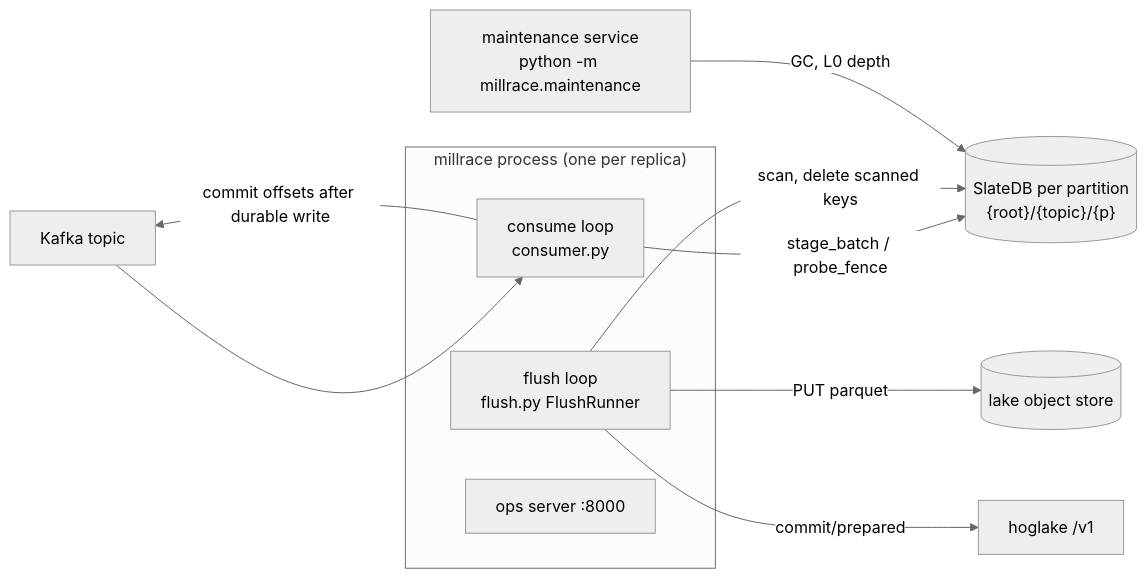
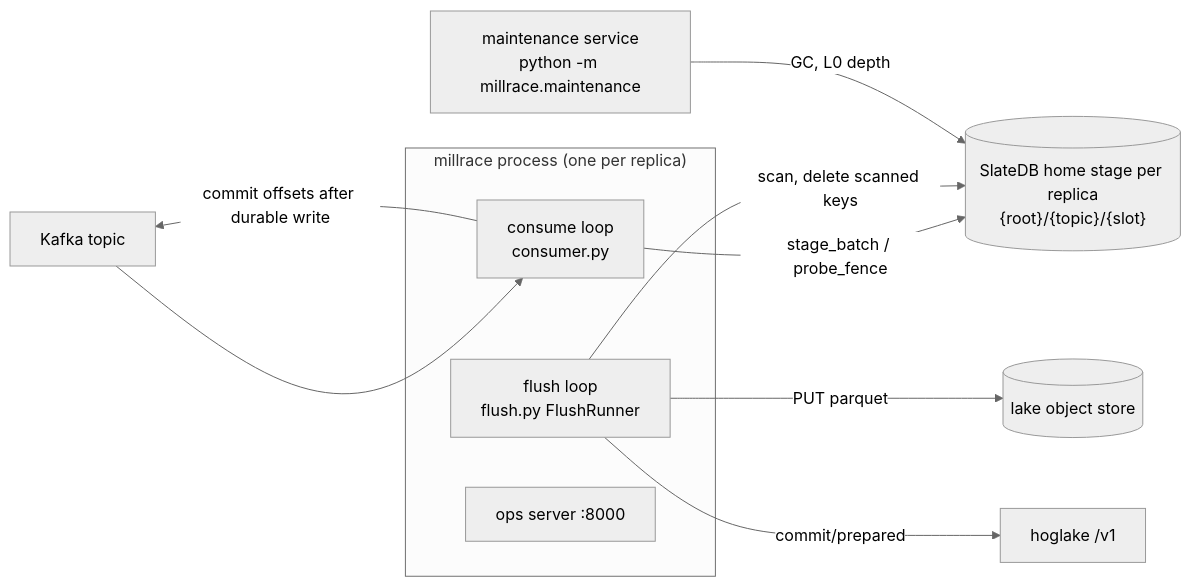
Before and after one commit to PostHog/hoglake: the diagram in millrace/architecture.md, drawn with Mermaid (neutral theme). The commit also changed other lines of this file and 22 other files, not shown here.

````diff
--- a/millrace/architecture.md
+++ b/millrace/architecture.md
@@ -30,20 +30,20 @@
 ```mermaid
 flowchart LR
   K["Kafka topic"]
   subgraph POD["millrace process (one per replica)"]
     C["consume loop<br/>consumer.py"]
     F["flush loop<br/>flush.py FlushRunner"]
     OPS["ops server :8000"]
   end
-  S[("SlateDB per partition<br/>{root}/{topic}/{p}")]
+  S[("SlateDB home stage per replica<br/>{root}/{topic}/{slot}")]
   LAKE[("lake object store")]
   H["hoglake /v1"]
   M["maintenance service<br/>python -m millrace.maintenance"]
   K --> C
   C -->|"commit offsets after durable write"| K
   C -->|"stage_batch / probe_fence"| S
   F -->|"scan, delete scanned keys"| S
   F -->|"PUT parquet"| LAKE
   F -->|"commit/prepared"| H
   M -->|"GC, L0 depth"| S
 ```
````
